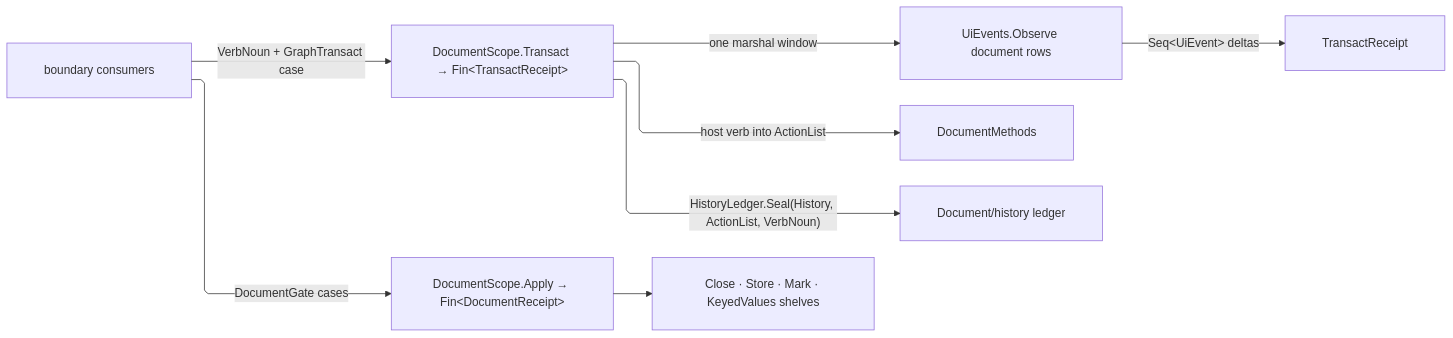
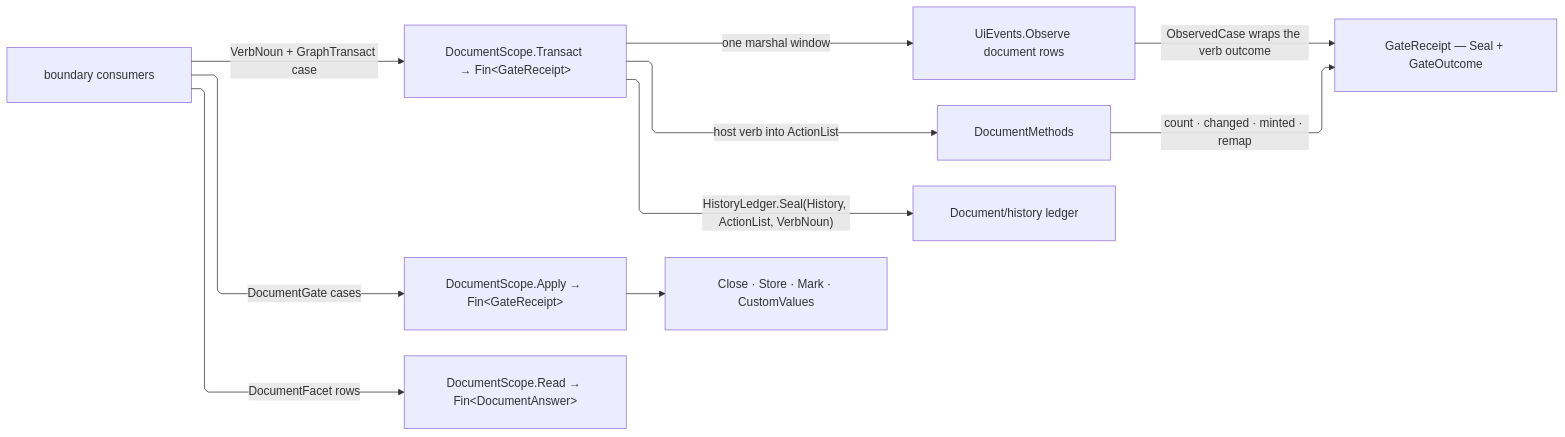
Before and after one commit to bsamiee/Rasm: the diagram in libs/csharp/Rasm.Grasshopper/.planning/Document/document.md, drawn with Mermaid. The commit also changed other lines of this file and 693 other files, not shown here.

````diff
--- a/libs/csharp/Rasm.Grasshopper/.planning/Document/document.md
+++ b/libs/csharp/Rasm.Grasshopper/.planning/Document/document.md
@@ -280,19 +405,21 @@
 ```mermaid
 ---
 config:
   layout: elk
   flowchart:
     curve: linear
     padding: 25
 ---
 flowchart LR
     accTitle: One transaction gate pairs verb, seal, and causal deltas
-    accDescr: Boundary consumers enter DocumentScope through the Transact and Apply gates; Transact attaches document event observation, runs the host verb into an ActionList, seals through the history ledger, and folds published UiEvent deltas into the receipt.
-    Consumer["boundary consumers"] -->|"VerbNoun + GraphTransact case"| Gate["DocumentScope.Transact → Fin&lt;TransactReceipt&gt;"]
-    Consumer -->|DocumentGate cases| Apply["DocumentScope.Apply → Fin&lt;DocumentReceipt&gt;"]
+    accDescr: Boundary consumers enter DocumentScope through the Transact, Apply, and Read gates; Transact attaches document event observation, runs the host verb into an ActionList, seals through the history ledger, and wraps the host's own answer with the published UiEvent deltas in one GateReceipt.
+    Consumer["boundary consumers"] -->|"VerbNoun + GraphTransact case"| Gate["DocumentScope.Transact → Fin&lt;GateReceipt&gt;"]
+    Consumer -->|DocumentGate cases| Apply["DocumentScope.Apply → Fin&lt;GateReceipt&gt;"]
+    Consumer -->|DocumentFacet rows| Read["DocumentScope.Read → Fin&lt;DocumentAnswer&gt;"]
     Gate -->|one marshal window| Observe["UiEvents.Observe document rows"]
     Gate -->|"host verb into ActionList"| Verbs["DocumentMethods"]
     Gate -->|"HistoryLedger.Seal(History, ActionList, VerbNoun)"| Ledger["Document/history ledger"]
-    Observe -->|"Seq&lt;UiEvent&gt; deltas"| Receipt["TransactReceipt"]
-    Apply --> Facets["Close · Store · Mark · KeyedValues shelves"]
+    Verbs -->|"count · changed · minted · remap"| Receipt["GateReceipt — Seal + GateOutcome"]
+    Observe -->|"ObservedCase wraps the verb outcome"| Receipt
+    Apply --> Facets["Close · Store · Mark · CustomValues"]
 ```
````
